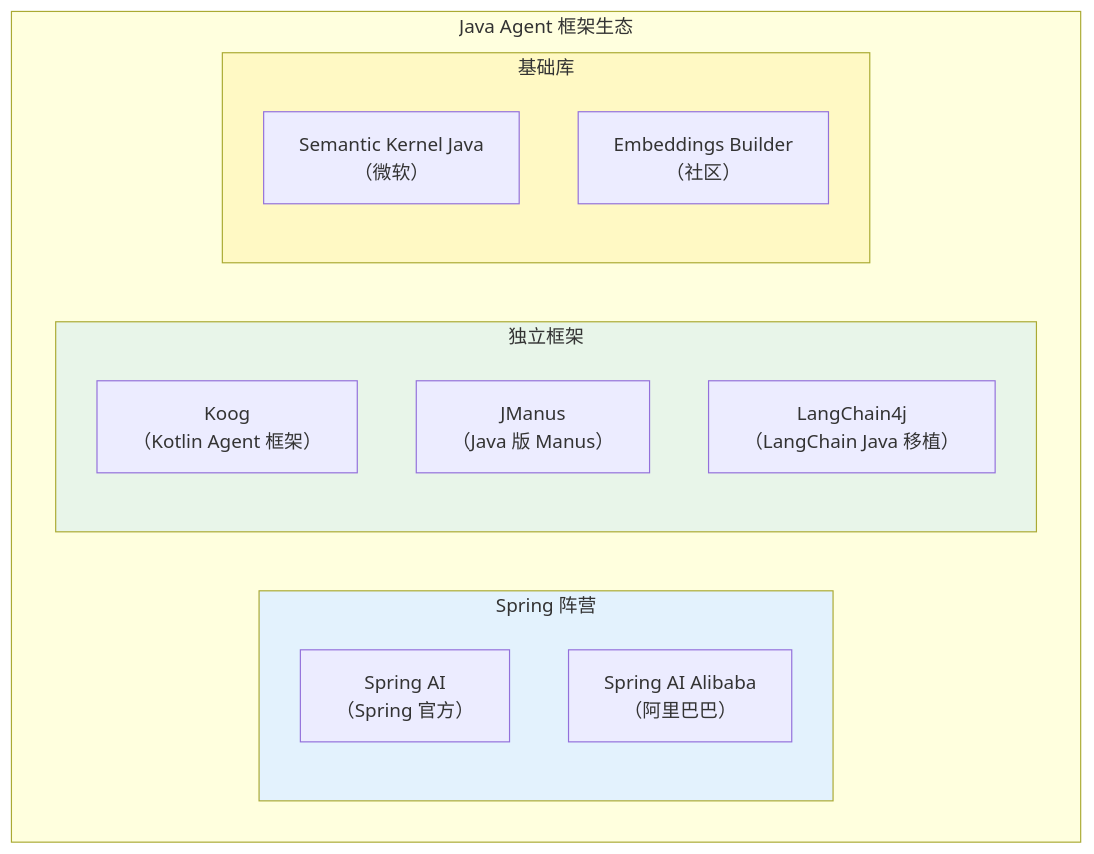
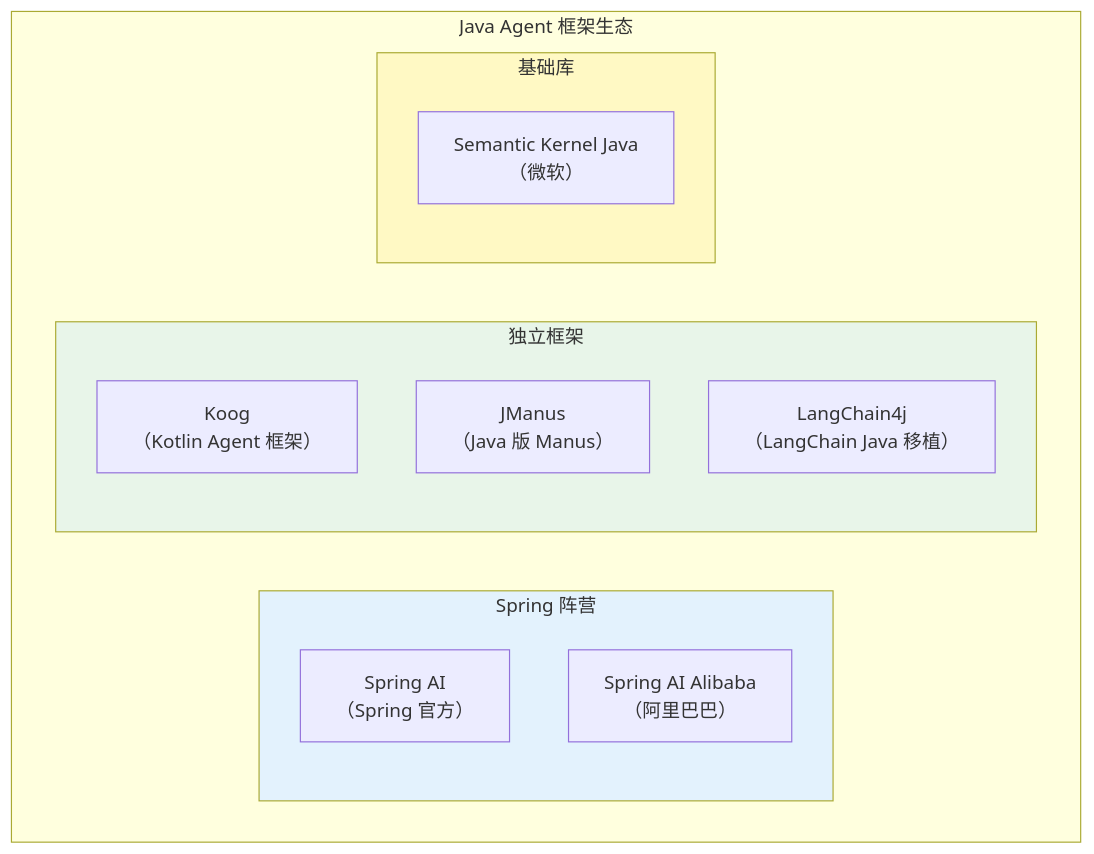
The third of 18 diagrams in docs/前沿/06-Spring-AI生态全景.md (UranusGit/java-agent-learn), drawn with Mermaid before and after one commit. The commit also changed other lines of this file and 15 other files, not shown here.

````diff
--- a/docs/前沿/06-Spring-AI生态全景.md
+++ b/docs/前沿/06-Spring-AI生态全景.md
@@ -31,24 +77,23 @@
 ```mermaid
 graph TB
     subgraph JavaAgent生态["Java Agent 框架生态"]
         subgraph Spring阵营["Spring 阵营"]
             SA["Spring AI<br/>（Spring 官方）"]
             SAA["Spring AI Alibaba<br/>（阿里巴巴）"]
         end
 
         subgraph 独立框架["独立框架"]
             KOOG["Koog<br/>（Kotlin Agent 框架）"]
             JMANUS["JManus<br/>（Java 版 Manus）"]
             LANGCHAIN4J["LangChain4j<br/>（LangChain Java 移植）"]
         end
 
         subgraph 基础库["基础库"]
             SEMANTIC_KERNEL["Semantic Kernel Java<br/>（微软）"]
-            EMBUILDER["Embeddings Builder<br/>（社区）"]
         end
     end
 
     style Spring阵营 fill:#e3f2fd
     style 独立框架 fill:#e8f5e9
     style 基础库 fill:#fff9c4
 ```
````
